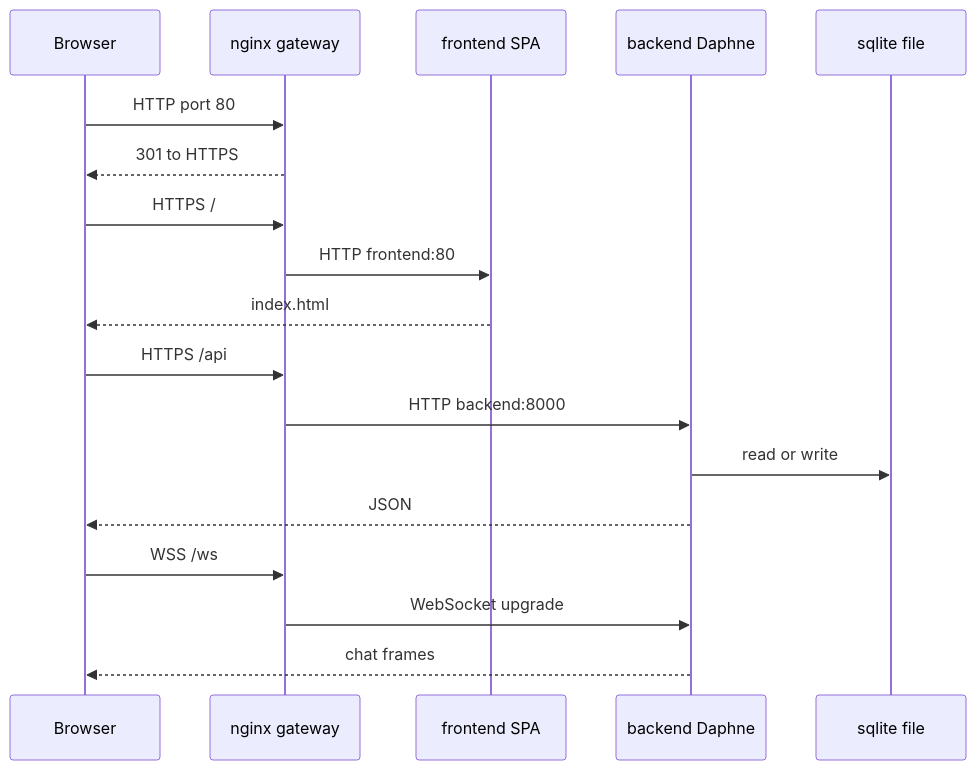
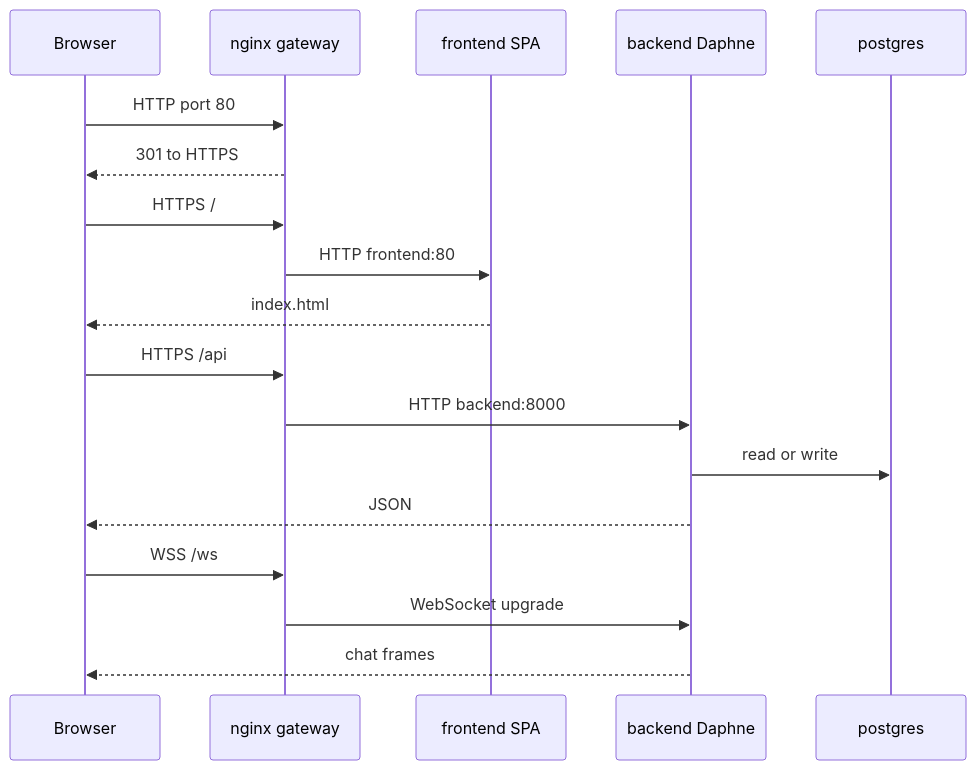
The diagram in docs/docker/request-path.mmd (BalazsHoc/ft_transcendence), drawn with Mermaid before and after one commit. The commit also changed 15 other files, not shown here.

```diff
--- a/docs/docker/request-path.mmd
+++ b/docs/docker/request-path.mmd
@@ -1,18 +1,18 @@
 sequenceDiagram
   participant Browser
   participant Gateway as nginx gateway
   participant SPA as frontend SPA
   participant API as backend Daphne
-  participant DB as sqlite file
+  participant DB as postgres
   Browser->>Gateway: HTTP port 80
   Gateway-->>Browser: 301 to HTTPS
   Browser->>Gateway: HTTPS /
   Gateway->>SPA: HTTP frontend:80
   SPA-->>Browser: index.html
   Browser->>Gateway: HTTPS /api
   Gateway->>API: HTTP backend:8000
   API->>DB: read or write
   API-->>Browser: JSON
   Browser->>Gateway: WSS /ws
   Gateway->>API: WebSocket upgrade
   API-->>Browser: chat frames
```
